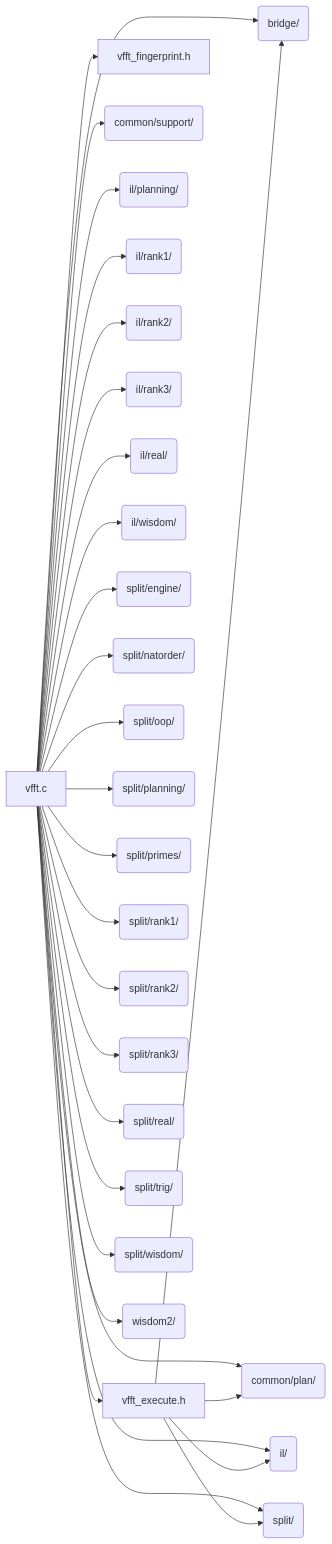
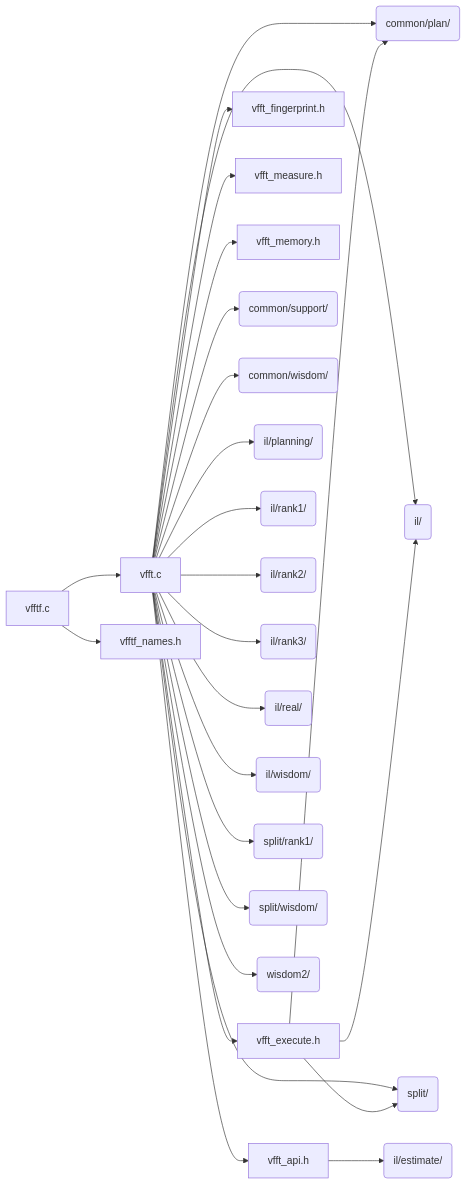
One commit to Tugbars/VectorFFT changed the diagram in docs/architecture/generated/folders/core.md. Above: the diagram before and after it, drawn with Mermaid. The commit also changed other lines of this file and 98 other files, not shown here.

Commit message:
regenerated architecture drawings

````diff
--- a/docs/architecture/generated/folders/core.md
+++ b/docs/architecture/generated/folders/core.md
@@ -12,58 +17,51 @@
 ```mermaid
 flowchart LR
     n_vfft_c["vfft.c"]
+    n_vfft_api_h["vfft_api.h"]
     n_vfft_execute_h["vfft_execute.h"]
     n_vfft_fingerprint_h["vfft_fingerprint.h"]
-    n_dir_bridge("bridge/")
+    n_vfft_measure_h["vfft_measure.h"]
+    n_vfft_memory_h["vfft_memory.h"]
+    n_vfftf_c["vfftf.c"]
+    n_vfftf_names_h["vfftf_names.h"]
     n_dir_common_plan("common/plan/")
     n_dir_common_support("common/support/")
+    n_dir_common_wisdom("common/wisdom/")
     n_dir_il("il/")
+    n_dir_il_estimate("il/estimate/")
     n_dir_il_planning("il/planning/")
     n_dir_il_rank1("il/rank1/")
     n_dir_il_rank2("il/rank2/")
     n_dir_il_rank3("il/rank3/")
     n_dir_il_real("il/real/")
     n_dir_il_wisdom("il/wisdom/")
     n_dir_split("split/")
-    n_dir_split_engine("split/engine/")
-    n_dir_split_natorder("split/natorder/")
-    n_dir_split_oop("split/oop/")
-    n_dir_split_planning("split/planning/")
-    n_dir_split_primes("split/primes/")
     n_dir_split_rank1("split/rank1/")
-    n_dir_split_rank2("split/rank2/")
-    n_dir_split_rank3("split/rank3/")
-    n_dir_split_real("split/real/")
-    n_dir_split_trig("split/trig/")
     n_dir_split_wisdom("split/wisdom/")
     n_dir_wisdom2("wisdom2/")
-    n_vfft_c --> n_dir_bridge
+    n_vfft_api_h --> n_dir_il_estimate
     n_vfft_c --> n_dir_common_plan
     n_vfft_c --> n_dir_common_support
+    n_vfft_c --> n_dir_common_wisdom
     n_vfft_c --> n_dir_il
     n_vfft_c --> n_dir_il_planning
     n_vfft_c --> n_dir_il_rank1
     n_vfft_c --> n_dir_il_rank2
     n_vfft_c --> n_dir_il_rank3
     n_vfft_c --> n_dir_il_real
     n_vfft_c --> n_dir_il_wisdom
     n_vfft_c --> n_dir_split
-    n_vfft_c --> n_dir_split_engine
-    n_vfft_c --> n_dir_split_natorder
-    n_vfft_c --> n_dir_split_oop
-    n_vfft_c --> n_dir_split_planning
-    n_vfft_c --> n_dir_split_primes
     n_vfft_c --> n_dir_split_rank1
-    n_vfft_c --> n_dir_split_rank2
-    n_vfft_c --> n_dir_split_rank3
-    n_vfft_c --> n_dir_split_real
-    n_vfft_c --> n_dir_split_trig
     n_vfft_c --> n_dir_split_wisdom
     n_vfft_c --> n_dir_wisdom2
+    n_vfft_c --> n_vfft_api_h
     n_vfft_c --> n_vfft_execute_h
     n_vfft_c --> n_vfft_fingerprint_h
-    n_vfft_execute_h --> n_dir_bridge
+    n_vfft_c --> n_vfft_measure_h
+    n_vfft_c --> n_vfft_memory_h
     n_vfft_execute_h --> n_dir_common_plan
     n_vfft_execute_h --> n_dir_il
     n_vfft_execute_h --> n_dir_split
+    n_vfftf_c --> n_vfft_c
+    n_vfftf_c --> n_vfftf_names_h
 ```
````
